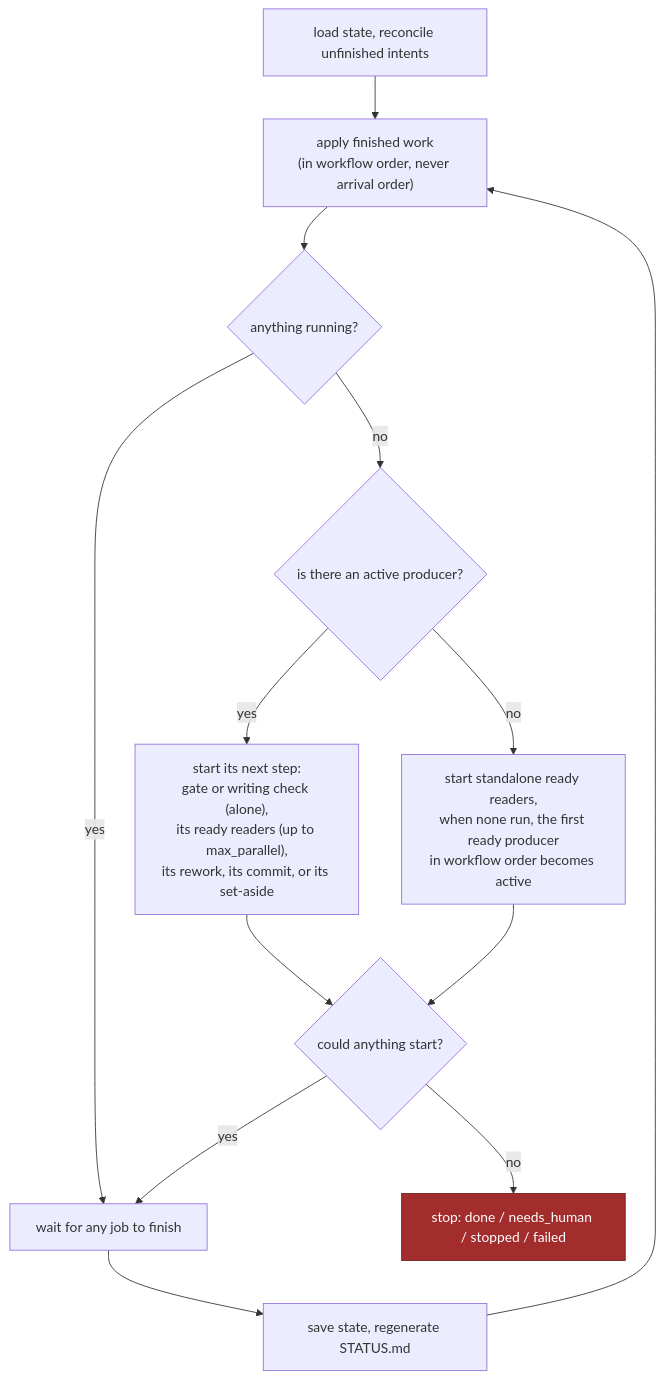
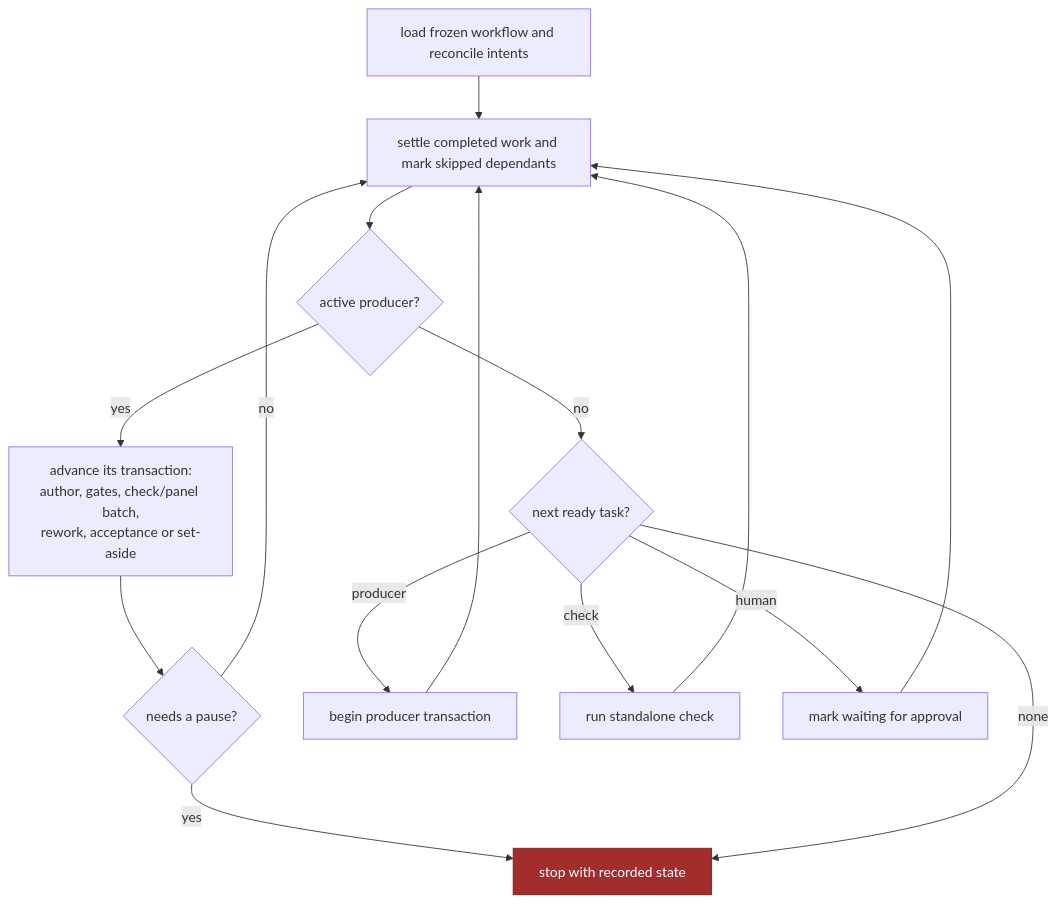
One commit to miavenet/mv-aipp101-starter changed the second of 5 diagrams in task_runner/docs/tutorial/05-architecture.md. Above: the diagram before and after it, drawn with Mermaid. The commit also changed other lines of this file and 11 other files, not shown here.

````diff
--- a/task_runner/docs/tutorial/05-architecture.md
+++ b/task_runner/docs/tutorial/05-architecture.md
@@ -47,18 +55,16 @@
 ```mermaid
 flowchart TB
-    L["load state, reconcile unfinished intents"] --> AP["apply finished work<br/>(in workflow order, never arrival order)"]
-    AP --> Q{"anything running?"}
-    Q -- yes --> WAIT["wait for any job to finish"]
-    Q -- no --> AP2{"is there an active producer?"}
-    AP2 -- yes --> NEXT["start its next step:<br/>gate or writing check (alone),<br/>its ready readers (up to max_parallel),<br/>its rework, its commit, or its set-aside"]
-    AP2 -- no --> STAND["start standalone ready readers,<br/>when none run, the first ready producer<br/>in workflow order becomes active"]
-    NEXT --> CAN{"could anything start?"}
-    STAND --> CAN
-    CAN -- no --> STOP["stop: done / needs_human / stopped / failed"]
-    CAN -- yes --> WAIT
-    WAIT --> SAVE["save state, regenerate STATUS.md"]
-    SAVE --> AP
-
+    L["load frozen workflow and reconcile intents"] --> S["settle completed work and mark skipped dependants"]
+    S --> A{"active producer?"}
+    A -- yes --> P["advance its transaction:<br/>author, gates, check/panel batch,<br/>rework, acceptance or set-aside"]
+    P --> W{"needs a pause?"}
+    W -- no --> S
+    W -- yes --> STOP["stop with recorded state"]
+    A -- no --> N{"next ready task?"}
+    N -- producer --> B["begin producer transaction"] --> S
+    N -- check --> C["run standalone check"] --> S
+    N -- human --> H["mark waiting for approval"] --> S
+    N -- none --> STOP
     classDef stop fill:#a32d2d,stroke:#741f1f,color:#ffffff
     class STOP stop
 ```
````
